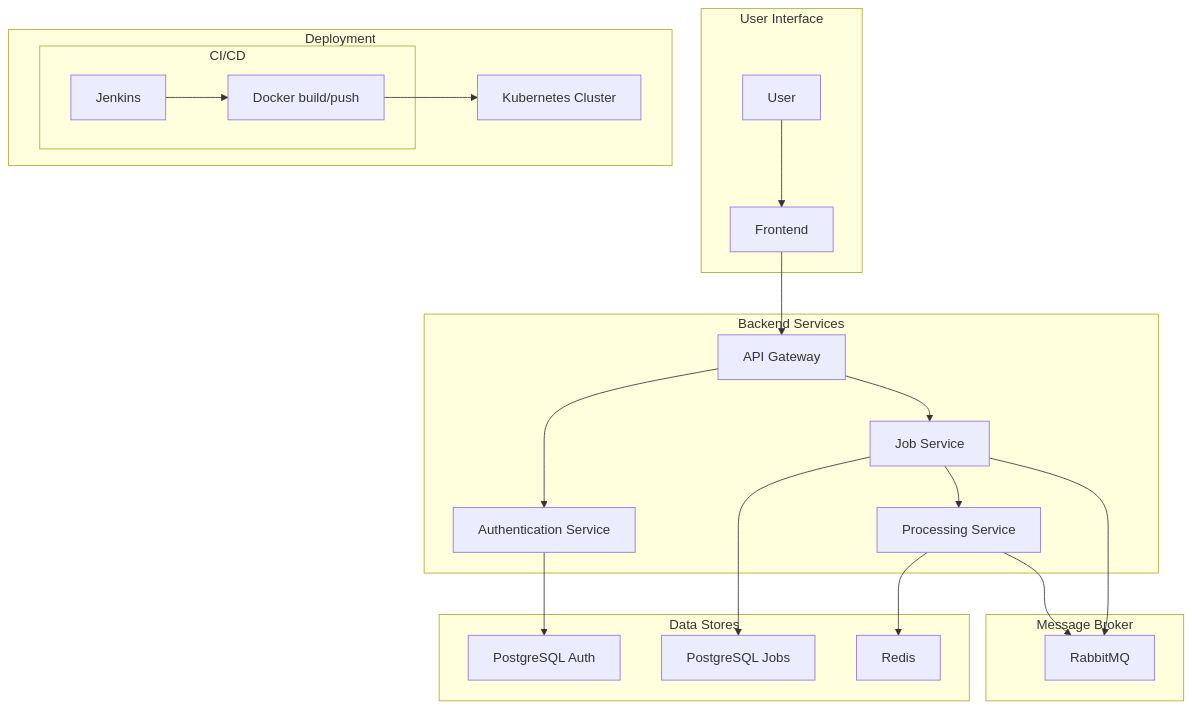
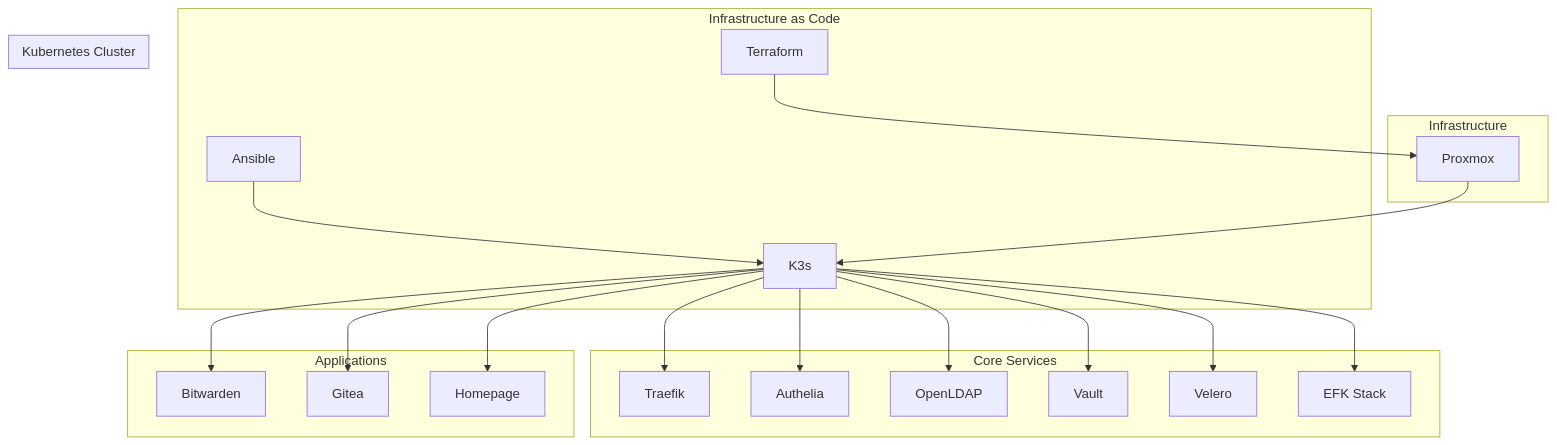
Before and after one commit to toxicoder/homelabeazy: the diagram in README.md, drawn with Mermaid.

Commit message:
I am updating the Mermaid architecture diagram in README.md.

````diff
--- a/README.md
+++ b/README.md
@@ -139,31 +139,41 @@
 ```mermaid
 graph TD
-    subgraph "User Interface"
-        A[User] --> B[Frontend]
+    subgraph "Infrastructure"
+        A[Proxmox]
     end
 
-    subgraph "Backend Services"
-        B --> C[API Gateway]
-        C --> D[Authentication Service]
-        C --> E[Job Service]
-        E --> F[Processing Service]
+    subgraph "Infrastructure as Code"
+        B[Terraform] --> A
+        C[Ansible] --> D
     end
 
-    subgraph "Data Stores"
-        D --> G[PostgreSQL Auth]
-        E --> H[PostgreSQL Jobs]
-        F --> I[Redis]
+    subgraph "Kubernetes Cluster"
+        D[K3s]
     end
 
-    subgraph "Message Broker"
-        E --> J[RabbitMQ]
-        F --> J
+    subgraph "Core Services"
+        E[Traefik]
+        F[Authelia]
+        G[OpenLDAP]
+        H[Vault]
+        I[Velero]
+        J[EFK Stack]
     end
 
-    subgraph "Deployment"
-        subgraph "CI/CD"
-            K[Jenkins] --> L[Docker build/push]
-        end
-        L --> M[Kubernetes Cluster]
+    subgraph "Applications"
+        K[Bitwarden]
+        L[Gitea]
+        M[Homepage]
     end
+
+    A --> D
+    D --> E
+    D --> F
+    D --> G
+    D --> H
+    D --> I
+    D --> J
+    D --> K
+    D --> L
+    D --> M
 ```
````
